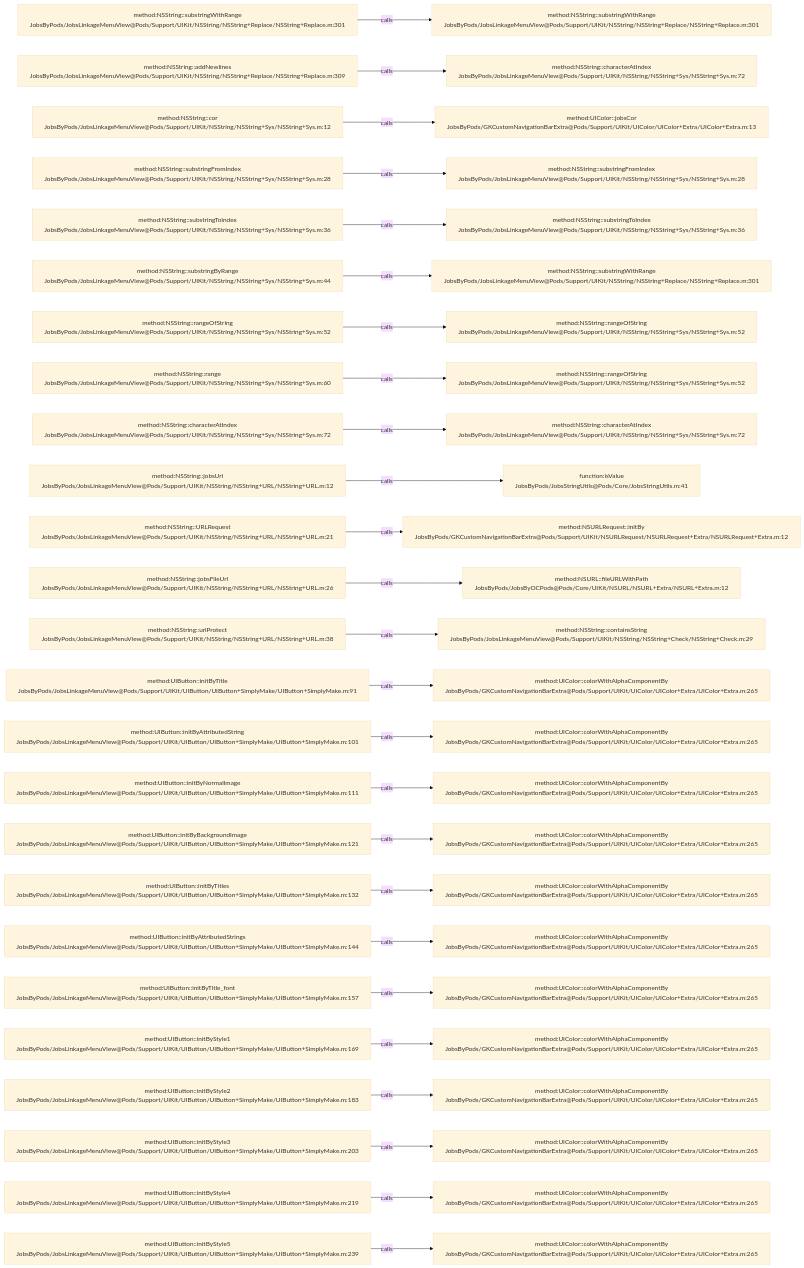
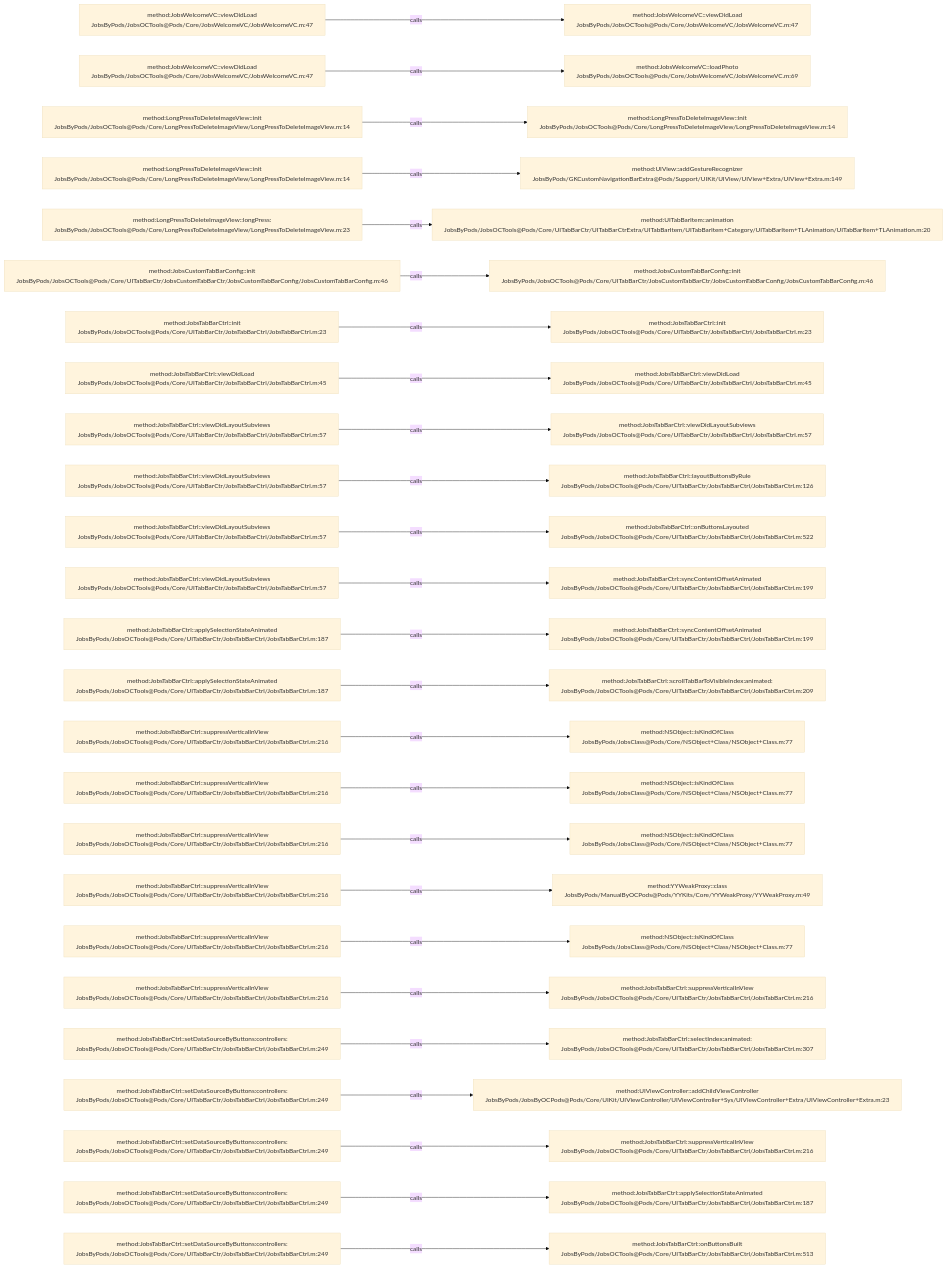
Before and after one commit to JobsKits/JobsOCBaseConfigDemo: the diagram in .codegraph/codegraph.md/graphs/calls-101.md, drawn with Mermaid (base theme). The commit also changed 573 other files, not shown here.

````diff
--- a/.codegraph/codegraph.md/graphs/calls-101.md
+++ b/.codegraph/codegraph.md/graphs/calls-101.md
@@ -13,78 +13,78 @@
 ```mermaid
 flowchart LR
-  S1["method:NSString::substringWithRange<br/>JobsByPods/JobsLinkageMenuView@Pods/Support/UIKit/NSString/NSString+Replace/NSString+Replace.m:301"]
-  T1["method:NSString::substringWithRange<br/>JobsByPods/JobsLinkageMenuView@Pods/Support/UIKit/NSString/NSString+Replace/NSString+Replace.m:301"]
+  S1["method:JobsWelcomeVC::viewDidLoad<br/>JobsByPods/JobsOCTools@Pods/Core/JobsWelcomeVC/JobsWelcomeVC.m:47"]
+  T1["method:JobsWelcomeVC::viewDidLoad<br/>JobsByPods/JobsOCTools@Pods/Core/JobsWelcomeVC/JobsWelcomeVC.m:47"]
   S1 -->|calls| T1
-  S2["method:NSString::addNewlines<br/>JobsByPods/JobsLinkageMenuView@Pods/Support/UIKit/NSString/NSString+Replace/NSString+Replace.m:309"]
-  T2["method:NSString::characterAtIndex<br/>JobsByPods/JobsLinkageMenuView@Pods/Support/UIKit/NSString/NSString+Sys/NSString+Sys.m:72"]
+  S2["method:JobsWelcomeVC::viewDidLoad<br/>JobsByPods/JobsOCTools@Pods/Core/JobsWelcomeVC/JobsWelcomeVC.m:47"]
+  T2["method:JobsWelcomeVC::loadPhoto<br/>JobsByPods/JobsOCTools@Pods/Core/JobsWelcomeVC/JobsWelcomeVC.m:69"]
   S2 -->|calls| T2
-  S3["method:NSString::cor<br/>JobsByPods/JobsLinkageMenuView@Pods/Support/UIKit/NSString/NSString+Sys/NSString+Sys.m:12"]
-  T3["method:UIColor::jobsCor<br/>JobsByPods/GKCustomNavigationBarExtra@Pods/Support/UIKit/UIColor/UIColor+Extra/UIColor+Extra.m:13"]
+  S3["method:LongPressToDeleteImageView::init<br/>JobsByPods/JobsOCTools@Pods/Core/LongPressToDeleteImageView/LongPressToDeleteImageView.m:14"]
+  T3["method:LongPressToDeleteImageView::init<br/>JobsByPods/JobsOCTools@Pods/Core/LongPressToDeleteImageView/LongPressToDeleteImageView.m:14"]
   S3 -->|calls| T3
-  S4["method:NSString::substringFromIndex<br/>JobsByPods/JobsLinkageMenuView@Pods/Support/UIKit/NSString/NSString+Sys/NSString+Sys.m:28"]
-  T4["method:NSString::substringFromIndex<br/>JobsByPods/JobsLinkageMenuView@Pods/Support/UIKit/NSString/NSString+Sys/NSString+Sys.m:28"]
+  S4["method:LongPressToDeleteImageView::init<br/>JobsByPods/JobsOCTools@Pods/Core/LongPressToDeleteImageView/LongPressToDeleteImageView.m:14"]
+  T4["method:UIView::addGestureRecognizer<br/>JobsByPods/GKCustomNavigationBarExtra@Pods/Support/UIKit/UIView/UIView+Extra/UIView+Extra.m:149"]
   S4 -->|calls| T4
-  S5["method:NSString::substringToIndex<br/>JobsByPods/JobsLinkageMenuView@Pods/Support/UIKit/NSString/NSString+Sys/NSString+Sys.m:36"]
-  T5["method:NSString::substringToIndex<br/>JobsByPods/JobsLinkageMenuView@Pods/Support/UIKit/NSString/NSString+Sys/NSString+Sys.m:36"]
+  S5["method:LongPressToDeleteImageView::longPress:<br/>JobsByPods/JobsOCTools@Pods/Core/LongPressToDeleteImageView/LongPressToDeleteImageView.m:23"]
+  T5["method:UITabBarItem::animation<br/>JobsByPods/JobsOCTools@Pods/Core/UITabBarCtr/UITabBarCtrExtra/UITabBarItem/UITabBarItem+Category/UITabBarItem+TLAnimation/UITabBarItem+TLAnimation.m:20"]
   S5 -->|calls| T5
-  S6["method:NSString::substringByRange<br/>JobsByPods/JobsLinkageMenuView@Pods/Support/UIKit/NSString/NSString+Sys/NSString+Sys.m:44"]
-  T6["method:NSString::substringWithRange<br/>JobsByPods/JobsLinkageMenuView@Pods/Support/UIKit/NSString/NSString+Replace/NSString+Replace.m:301"]
+  S6["method:JobsCustomTabBarConfig::init<br/>JobsByPods/JobsOCTools@Pods/Core/UITabBarCtr/JobsCustomTabBarCtr/JobsCustomTabBarConfig/JobsCustomTabBarConfig.m:46"]
+  T6["method:JobsCustomTabBarConfig::init<br/>JobsByPods/JobsOCTools@Pods/Core/UITabBarCtr/JobsCustomTabBarCtr/JobsCustomTabBarConfig/JobsCustomTabBarConfig.m:46"]
   S6 -->|calls| T6
-  S7["method:NSString::rangeOfString<br/>JobsByPods/JobsLinkageMenuView@Pods/Support/UIKit/NSString/NSString+Sys/NSString+Sys.m:52"]
-  T7["method:NSString::rangeOfString<br/>JobsByPods/JobsLinkageMenuView@Pods/Support/UIKit/NSString/NSString+Sys/NSString+Sys.m:52"]
+  S7["method:JobsTabBarCtrl::init<br/>JobsByPods/JobsOCTools@Pods/Core/UITabBarCtr/JobsTabBarCtrl/JobsTabBarCtrl.m:23"]
+  T7["method:JobsTabBarCtrl::init<br/>JobsByPods/JobsOCTools@Pods/Core/UITabBarCtr/JobsTabBarCtrl/JobsTabBarCtrl.m:23"]
   S7 -->|calls| T7
-  S8["method:NSString::range<br/>JobsByPods/JobsLinkageMenuView@Pods/Support/UIKit/NSString/NSString+Sys/NSString+Sys.m:60"]
-  T8["method:NSString::rangeOfString<br/>JobsByPods/JobsLinkageMenuView@Pods/Support/UIKit/NSString/NSString+Sys/NSString+Sys.m:52"]
+  S8["method:JobsTabBarCtrl::viewDidLoad<br/>JobsByPods/JobsOCTools@Pods/Core/UITabBarCtr/JobsTabBarCtrl/JobsTabBarCtrl.m:45"]
+  T8["method:JobsTabBarCtrl::viewDidLoad<br/>JobsByPods/JobsOCTools@Pods/Core/UITabBarCtr/JobsTabBarCtrl/JobsTabBarCtrl.m:45"]
   S8 -->|calls| T8
-  S9["method:NSString::characterAtIndex<br/>JobsByPods/JobsLinkageMenuView@Pods/Support/UIKit/NSString/NSString+Sys/NSString+Sys.m:72"]
-  T9["method:NSString::characterAtIndex<br/>JobsByPods/JobsLinkageMenuView@Pods/Support/UIKit/NSString/NSString+Sys/NSString+Sys.m:72"]
+  S9["method:JobsTabBarCtrl::viewDidLayoutSubviews<br/>JobsByPods/JobsOCTools@Pods/Core/UITabBarCtr/JobsTabBarCtrl/JobsTabBarCtrl.m:57"]
+  T9["method:JobsTabBarCtrl::viewDidLayoutSubviews<br/>JobsByPods/JobsOCTools@Pods/Core/UITabBarCtr/JobsTabBarCtrl/JobsTabBarCtrl.m:57"]
   S9 -->|calls| T9
-  S10["method:NSString::jobsUrl<br/>JobsByPods/JobsLinkageMenuView@Pods/Support/UIKit/NSString/NSString+URL/NSString+URL.m:12"]
-  T10["function:isValue<br/>JobsByPods/JobsStringUtils@Pods/Core/JobsStringUtils.m:41"]
+  S10["method:JobsTabBarCtrl::viewDidLayoutSubviews<br/>JobsByPods/JobsOCTools@Pods/Core/UITabBarCtr/JobsTabBarCtrl/JobsTabBarCtrl.m:57"]
+  T10["method:JobsTabBarCtrl::layoutButtonsByRule<br/>JobsByPods/JobsOCTools@Pods/Core/UITabBarCtr/JobsTabBarCtrl/JobsTabBarCtrl.m:126"]
   S10 -->|calls| T10
-  S11["method:NSString::URLRequest<br/>JobsByPods/JobsLinkageMenuView@Pods/Support/UIKit/NSString/NSString+URL/NSString+URL.m:21"]
-  T11["method:NSURLRequest::initBy<br/>JobsByPods/GKCustomNavigationBarExtra@Pods/Support/UIKit/NSURLRequest/NSURLRequest+Extra/NSURLRequest+Extra.m:12"]
+  S11["method:JobsTabBarCtrl::viewDidLayoutSubviews<br/>JobsByPods/JobsOCTools@Pods/Core/UITabBarCtr/JobsTabBarCtrl/JobsTabBarCtrl.m:57"]
+  T11["method:JobsTabBarCtrl::onButtonsLayouted<br/>JobsByPods/JobsOCTools@Pods/Core/UITabBarCtr/JobsTabBarCtrl/JobsTabBarCtrl.m:522"]
   S11 -->|calls| T11
-  S12["method:NSString::jobsFileUrl<br/>JobsByPods/JobsLinkageMenuView@Pods/Support/UIKit/NSString/NSString+URL/NSString+URL.m:26"]
-  T12["method:NSURL::fileURLWithPath<br/>JobsByPods/JobsByOCPods@Pods/Core/UIKit/NSURL/NSURL+Extra/NSURL+Extra.m:12"]
+  S12["method:JobsTabBarCtrl::viewDidLayoutSubviews<br/>JobsByPods/JobsOCTools@Pods/Core/UITabBarCtr/JobsTabBarCtrl/JobsTabBarCtrl.m:57"]
+  T12["method:JobsTabBarCtrl::syncContentOffsetAnimated<br/>JobsByPods/JobsOCTools@Pods/Core/UITabBarCtr/JobsTabBarCtrl/JobsTabBarCtrl.m:199"]
   S12 -->|calls| T12
-  S13["method:NSString::urlProtect<br/>JobsByPods/JobsLinkageMenuView@Pods/Support/UIKit/NSString/NSString+URL/NSString+URL.m:38"]
-  T13["method:NSString::containsString<br/>JobsByPods/JobsLinkageMenuView@Pods/Support/UIKit/NSString/NSString+Check/NSString+Check.m:29"]
+  S13["method:JobsTabBarCtrl::applySelectionStateAnimated<br/>JobsByPods/JobsOCTools@Pods/Core/UITabBarCtr/JobsTabBarCtrl/JobsTabBarCtrl.m:187"]
+  T13["method:JobsTabBarCtrl::syncContentOffsetAnimated<br/>JobsByPods/JobsOCTools@Pods/Core/UITabBarCtr/JobsTabBarCtrl/JobsTabBarCtrl.m:199"]
   S13 -->|calls| T13
-  S14["method:UIButton::initByTitle<br/>JobsByPods/JobsLinkageMenuView@Pods/Support/UIKit/UIButton/UIButton+SimplyMake/UIButton+SimplyMake.m:91"]
-  T14["method:UIColor::colorWithAlphaComponentBy<br/>JobsByPods/GKCustomNavigationBarExtra@Pods/Support/UIKit/UIColor/UIColor+Extra/UIColor+Extra.m:265"]
+  S14["method:JobsTabBarCtrl::applySelectionStateAnimated<br/>JobsByPods/JobsOCTools@Pods/Core/UITabBarCtr/JobsTabBarCtrl/JobsTabBarCtrl.m:187"]
+  T14["method:JobsTabBarCtrl::scrollTabBarToVisibleIndex:animated:<br/>JobsByPods/JobsOCTools@Pods/Core/UITabBarCtr/JobsTabBarCtrl/JobsTabBarCtrl.m:209"]
   S14 -->|calls| T14
-  S15["method:UIButton::initByAttributedString<br/>JobsByPods/JobsLinkageMenuView@Pods/Support/UIKit/UIButton/UIButton+SimplyMake/UIButton+SimplyMake.m:101"]
-  T15["method:UIColor::colorWithAlphaComponentBy<br/>JobsByPods/GKCustomNavigationBarExtra@Pods/Support/UIKit/UIColor/UIColor+Extra/UIColor+Extra.m:265"]
+  S15["method:JobsTabBarCtrl::suppressVerticalInView<br/>JobsByPods/JobsOCTools@Pods/Core/UITabBarCtr/JobsTabBarCtrl/JobsTabBarCtrl.m:216"]
+  T15["method:NSObject::isKindOfClass<br/>JobsByPods/JobsClass@Pods/Core/NSObject+Class/NSObject+Class.m:77"]
   S15 -->|calls| T15
-  S16["method:UIButton::initByNormalImage<br/>JobsByPods/JobsLinkageMenuView@Pods/Support/UIKit/UIButton/UIButton+SimplyMake/UIButton+SimplyMake.m:111"]
-  T16["method:UIColor::colorWithAlphaComponentBy<br/>JobsByPods/GKCustomNavigationBarExtra@Pods/Support/UIKit/UIColor/UIColor+Extra/UIColor+Extra.m:265"]
+  S16["method:JobsTabBarCtrl::suppressVerticalInView<br/>JobsByPods/JobsOCTools@Pods/Core/UITabBarCtr/JobsTabBarCtrl/JobsTabBarCtrl.m:216"]
+  T16["method:NSObject::isKindOfClass<br/>JobsByPods/JobsClass@Pods/Core/NSObject+Class/NSObject+Class.m:77"]
   S16 -->|calls| T16
-  S17["method:UIButton::initByBackgroundImage<br/>JobsByPods/JobsLinkageMenuView@Pods/Support/UIKit/UIButton/UIButton+SimplyMake/UIButton+SimplyMake.m:121"]
-  T17["method:UIColor::colorWithAlphaComponentBy<br/>JobsByPods/GKCustomNavigationBarExtra@Pods/Support/UIKit/UIColor/UIColor+Extra/UIColor+Extra.m:265"]
+  S17["method:JobsTabBarCtrl::suppressVerticalInView<br/>JobsByPods/JobsOCTools@Pods/Core/UITabBarCtr/JobsTabBarCtrl/JobsTabBarCtrl.m:216"]
+  T17["method:NSObject::isKindOfClass<br/>JobsByPods/JobsClass@Pods/Core/NSObject+Class/NSObject+Class.m:77"]
   S17 -->|calls| T17
-  S18["method:UIButton::initByTitles<br/>JobsByPods/JobsLinkageMenuView@Pods/Support/UIKit/UIButton/UIButton+SimplyMake/UIButton+SimplyMake.m:132"]
-  T18["method:UIColor::colorWithAlphaComponentBy<br/>JobsByPods/GKCustomNavigationBarExtra@Pods/Support/UIKit/UIColor/UIColor+Extra/UIColor+Extra.m:265"]
+  S18["method:JobsTabBarCtrl::suppressVerticalInView<br/>JobsByPods/JobsOCTools@Pods/Core/UITabBarCtr/JobsTabBarCtrl/JobsTabBarCtrl.m:216"]
+  T18["method:YYWeakProxy::class<br/>JobsByPods/ManualByOCPods@Pods/YYKits/Core/YYWeakProxy/YYWeakProxy.m:49"]
   S18 -->|calls| T18
-  S19["method:UIButton::initByAttributedStrings<br/>JobsByPods/JobsLinkageMenuView@Pods/Support/UIKit/UIButton/UIButton+SimplyMake/UIButton+SimplyMake.m:144"]
-  T19["method:UIColor::colorWithAlphaComponentBy<br/>JobsByPods/GKCustomNavigationBarExtra@Pods/Support/UIKit/UIColor/UIColor+Extra/UIColor+Extra.m:265"]
+  S19["method:JobsTabBarCtrl::suppressVerticalInView<br/>JobsByPods/JobsOCTools@Pods/Core/UITabBarCtr/JobsTabBarCtrl/JobsTabBarCtrl.m:216"]
+  T19["method:NSObject::isKindOfClass<br/>JobsByPods/JobsClass@Pods/Core/NSObject+Class/NSObject+Class.m:77"]
   S19 -->|calls| T19
-  S20["method:UIButton::initByTitle_font<br/>JobsByPods/JobsLinkageMenuView@Pods/Support/UIKit/UIButton/UIButton+SimplyMake/UIButton+SimplyMake.m:157"]
-  T20["method:UIColor::colorWithAlphaComponentBy<br/>JobsByPods/GKCustomNavigationBarExtra@Pods/Support/UIKit/UIColor/UIColor+Extra/UIColor+Extra.m:265"]
+  S20["method:JobsTabBarCtrl::suppressVerticalInView<br/>JobsByPods/JobsOCTools@Pods/Core/UITabBarCtr/JobsTabBarCtrl/JobsTabBarCtrl.m:216"]
+  T20["method:JobsTabBarCtrl::suppressVerticalInView<br/>JobsByPods/JobsOCTools@Pods/Core/UITabBarCtr/JobsTabBarCtrl/JobsTabBarCtrl.m:216"]
   S20 -->|calls| T20
-  S21["method:UIButton::initByStyle1<br/>JobsByPods/JobsLinkageMenuView@Pods/Support/UIKit/UIButton/UIButton+SimplyMake/UIButton+SimplyMake.m:169"]
-  T21["method:UIColor::colorWithAlphaComponentBy<br/>JobsByPods/GKCustomNavigationBarExtra@Pods/Support/UIKit/UIColor/UIColor+Extra/UIColor+Extra.m:265"]
+  S21["method:JobsTabBarCtrl::setDataSourceByButtons:controllers:<br/>JobsByPods/JobsOCTools@Pods/Core/UITabBarCtr/JobsTabBarCtrl/JobsTabBarCtrl.m:249"]
+  T21["method:JobsTabBarCtrl::selectIndex:animated:<br/>JobsByPods/JobsOCTools@Pods/Core/UITabBarCtr/JobsTabBarCtrl/JobsTabBarCtrl.m:307"]
   S21 -->|calls| T21
-  S22["method:UIButton::initByStyle2<br/>JobsByPods/JobsLinkageMenuView@Pods/Support/UIKit/UIButton/UIButton+SimplyMake/UIButton+SimplyMake.m:183"]
-  T22["method:UIColor::colorWithAlphaComponentBy<br/>JobsByPods/GKCustomNavigationBarExtra@Pods/Support/UIKit/UIColor/UIColor+Extra/UIColor+Extra.m:265"]
+  S22["method:JobsTabBarCtrl::setDataSourceByButtons:controllers:<br/>JobsByPods/JobsOCTools@Pods/Core/UITabBarCtr/JobsTabBarCtrl/JobsTabBarCtrl.m:249"]
+  T22["method:UIViewController::addChildViewController<br/>JobsByPods/JobsByOCPods@Pods/Core/UIKit/UIViewController/UIViewController+Sys/UIViewController+Extra/UIViewController+Extra.m:23"]
   S22 -->|calls| T22
-  S23["method:UIButton::initByStyle3<br/>JobsByPods/JobsLinkageMenuView@Pods/Support/UIKit/UIButton/UIButton+SimplyMake/UIButton+SimplyMake.m:203"]
-  T23["method:UIColor::colorWithAlphaComponentBy<br/>JobsByPods/GKCustomNavigationBarExtra@Pods/Support/UIKit/UIColor/UIColor+Extra/UIColor+Extra.m:265"]
+  S23["method:JobsTabBarCtrl::setDataSourceByButtons:controllers:<br/>JobsByPods/JobsOCTools@Pods/Core/UITabBarCtr/JobsTabBarCtrl/JobsTabBarCtrl.m:249"]
+  T23["method:JobsTabBarCtrl::suppressVerticalInView<br/>JobsByPods/JobsOCTools@Pods/Core/UITabBarCtr/JobsTabBarCtrl/JobsTabBarCtrl.m:216"]
   S23 -->|calls| T23
-  S24["method:UIButton::initByStyle4<br/>JobsByPods/JobsLinkageMenuView@Pods/Support/UIKit/UIButton/UIButton+SimplyMake/UIButton+SimplyMake.m:219"]
-  T24["method:UIColor::colorWithAlphaComponentBy<br/>JobsByPods/GKCustomNavigationBarExtra@Pods/Support/UIKit/UIColor/UIColor+Extra/UIColor+Extra.m:265"]
+  S24["method:JobsTabBarCtrl::setDataSourceByButtons:controllers:<br/>JobsByPods/JobsOCTools@Pods/Core/UITabBarCtr/JobsTabBarCtrl/JobsTabBarCtrl.m:249"]
+  T24["method:JobsTabBarCtrl::applySelectionStateAnimated<br/>JobsByPods/JobsOCTools@Pods/Core/UITabBarCtr/JobsTabBarCtrl/JobsTabBarCtrl.m:187"]
   S24 -->|calls| T24
-  S25["method:UIButton::initByStyle5<br/>JobsByPods/JobsLinkageMenuView@Pods/Support/UIKit/UIButton/UIButton+SimplyMake/UIButton+SimplyMake.m:239"]
-  T25["method:UIColor::colorWithAlphaComponentBy<br/>JobsByPods/GKCustomNavigationBarExtra@Pods/Support/UIKit/UIColor/UIColor+Extra/UIColor+Extra.m:265"]
+  S25["method:JobsTabBarCtrl::setDataSourceByButtons:controllers:<br/>JobsByPods/JobsOCTools@Pods/Core/UITabBarCtr/JobsTabBarCtrl/JobsTabBarCtrl.m:249"]
+  T25["method:JobsTabBarCtrl::onButtonsBuilt<br/>JobsByPods/JobsOCTools@Pods/Core/UITabBarCtr/JobsTabBarCtrl/JobsTabBarCtrl.m:513"]
   S25 -->|calls| T25
 ```
````
